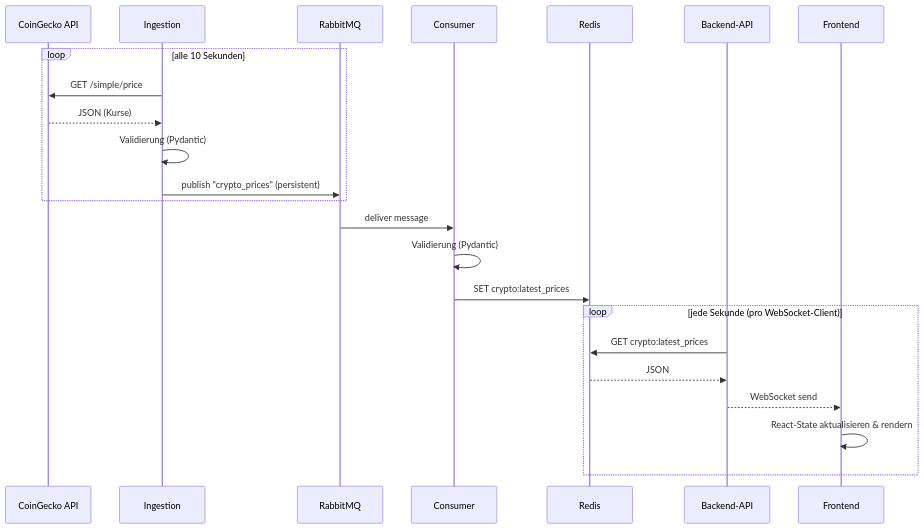
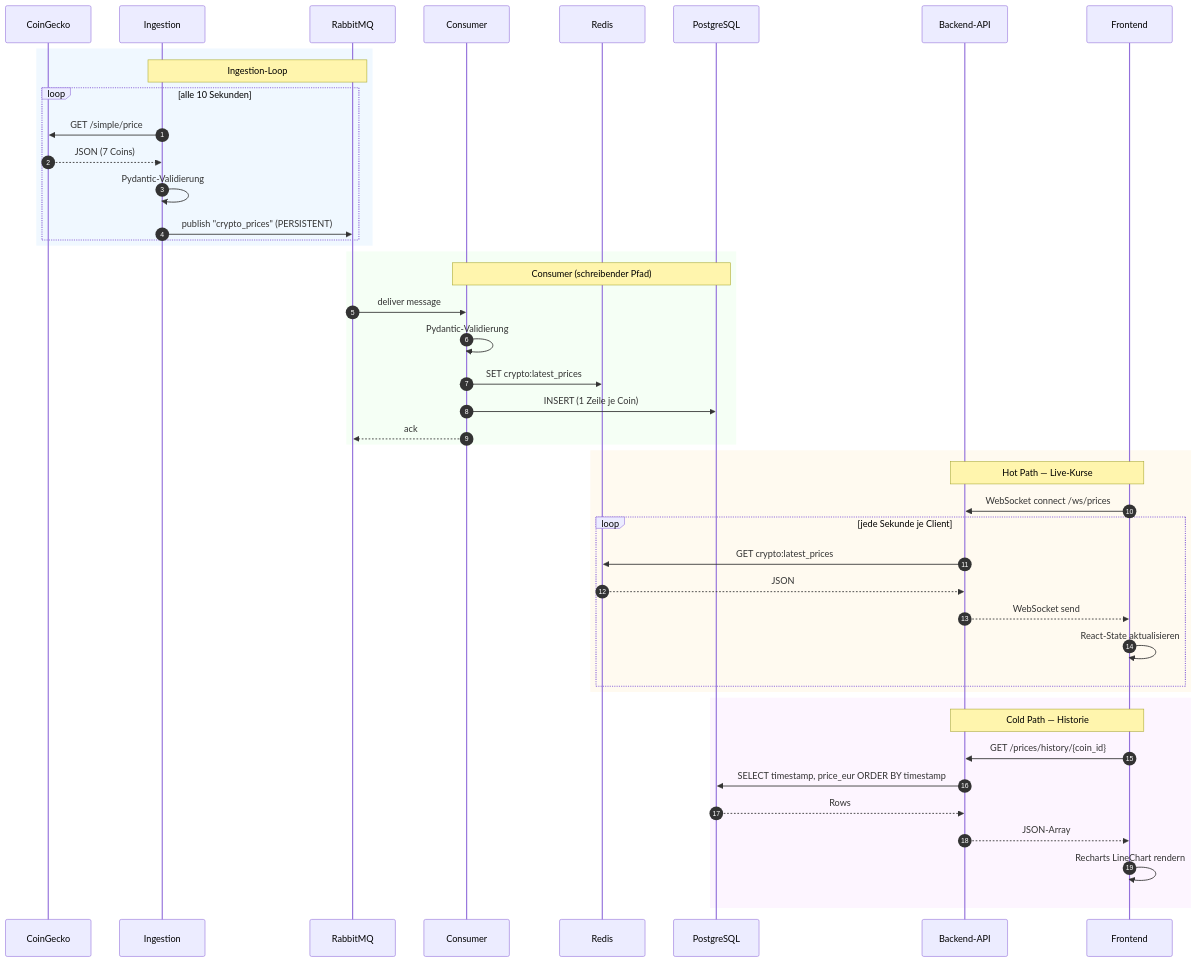
The second of 3 diagrams in DOKUMENTATION.md (fgrothaus/crypto-data-pipeline), drawn with Mermaid before and after one commit. The commit also changed other lines of this file, not shown here.

````diff
--- a/DOKUMENTATION.md
+++ b/DOKUMENTATION.md
@@ -92,28 +178,51 @@
 ```mermaid
 sequenceDiagram
-    participant CG as CoinGecko API
+    autonumber
+    participant CG as CoinGecko
     participant ING as Ingestion
     participant RMQ as RabbitMQ
     participant CON as Consumer
     participant RED as Redis
+    participant PG as PostgreSQL
     participant API as Backend-API
     participant FE as Frontend
 
+    rect rgb(240,248,255)
+    note over ING,RMQ: Ingestion-Loop
     loop alle 10 Sekunden
         ING->>CG: GET /simple/price
-        CG-->>ING: JSON (Kurse)
-        ING->>ING: Validierung (Pydantic)
-        ING->>RMQ: publish "crypto_prices" (persistent)
+        CG-->>ING: JSON (7 Coins)
+        ING->>ING: Pydantic-Validierung
+        ING->>RMQ: publish "crypto_prices" (PERSISTENT)
+    end
     end
 
+    rect rgb(245,255,245)
+    note over CON,PG: Consumer (schreibender Pfad)
     RMQ->>CON: deliver message
-    CON->>CON: Validierung (Pydantic)
+    CON->>CON: Pydantic-Validierung
     CON->>RED: SET crypto:latest_prices
+    CON->>PG: INSERT (1 Zeile je Coin)
+    CON-->>RMQ: ack
+    end
 
-    loop jede Sekunde (pro WebSocket-Client)
+    rect rgb(255,250,240)
+    note over API,FE: Hot Path — Live-Kurse
+    FE->>API: WebSocket connect /ws/prices
+    loop jede Sekunde je Client
         API->>RED: GET crypto:latest_prices
         RED-->>API: JSON
         API-->>FE: WebSocket send
-        FE->>FE: React-State aktualisieren & rendern
+        FE->>FE: React-State aktualisieren
+    end
+    end
+
+    rect rgb(253,245,255)
+    note over API,FE: Cold Path — Historie
+    FE->>API: GET /prices/history/{coin_id}
+    API->>PG: SELECT timestamp, price_eur ORDER BY timestamp
+    PG-->>API: Rows
+    API-->>FE: JSON-Array
+    FE->>FE: Recharts LineChart rendern
     end
 ```
````
